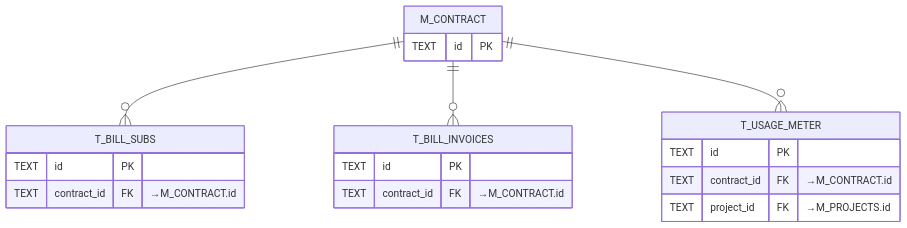
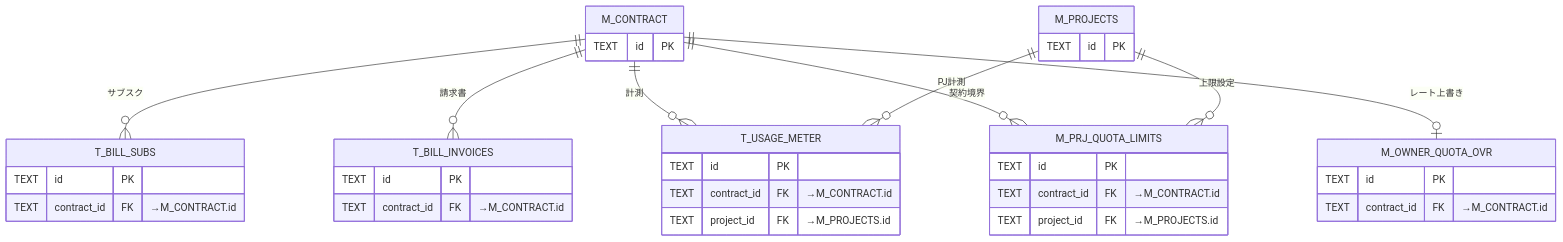
One commit to sikakou54/open-faq changed the seventh of 10 diagrams in 02_basic-design/03_database-design.md. Above: the diagram before and after it, drawn with Mermaid. The commit also changed other lines of this file and 162 other files, not shown here.

````diff
--- a/02_basic-design/03_database-design.md
+++ b/02_basic-design/03_database-design.md
@@ -211,14 +303,24 @@
 ```mermaid
 erDiagram
   M_CONTRACT { TEXT id PK }
+  M_PROJECTS { TEXT id PK }
   T_BILL_SUBS { TEXT id PK
     TEXT contract_id FK "→M_CONTRACT.id" }
   T_BILL_INVOICES { TEXT id PK
     TEXT contract_id FK "→M_CONTRACT.id" }
   T_USAGE_METER { TEXT id PK
     TEXT contract_id FK "→M_CONTRACT.id"
     TEXT project_id FK "→M_PROJECTS.id" }
-  M_CONTRACT ||--o{ T_BILL_SUBS : ""
-  M_CONTRACT ||--o{ T_BILL_INVOICES : ""
-  M_CONTRACT ||--o{ T_USAGE_METER : ""
+  M_PRJ_QUOTA_LIMITS { TEXT id PK
+    TEXT contract_id FK "→M_CONTRACT.id"
+    TEXT project_id FK "→M_PROJECTS.id" }
+  M_OWNER_QUOTA_OVR { TEXT id PK
+    TEXT contract_id FK "→M_CONTRACT.id" }
+  M_CONTRACT ||--o{ T_BILL_SUBS : "サブスク"
+  M_CONTRACT ||--o{ T_BILL_INVOICES : "請求書"
+  M_CONTRACT ||--o{ T_USAGE_METER : "計測"
+  M_PROJECTS ||--o{ T_USAGE_METER : "PJ計測"
+  M_CONTRACT ||--o{ M_PRJ_QUOTA_LIMITS : "契約境界"
+  M_PROJECTS ||--o{ M_PRJ_QUOTA_LIMITS : "上限設定"
+  M_CONTRACT ||--o| M_OWNER_QUOTA_OVR : "レート上書き"
 ```
````
